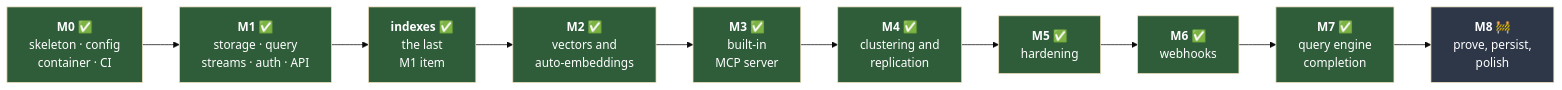
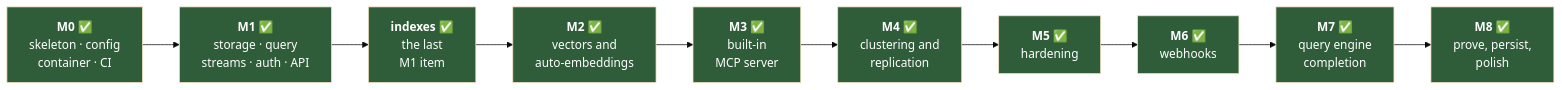
Before and after one commit to titusai-io/kimmydb: the first of 4 diagrams in docs/roadmap.md, drawn with Mermaid (base theme). The commit also changed other lines of this file and 13 other files, not shown here.

````diff
--- a/docs/roadmap.md
+++ b/docs/roadmap.md
@@ -12,26 +12,26 @@
 ```mermaid
 graph LR
     M0["<b>M0</b> ✅<br/>skeleton · config<br/>container · CI"]
     M1["<b>M1</b> ✅<br/>storage · query<br/>streams · auth · API"]
     IDX["<b>indexes</b> ✅<br/>the last<br/>M1 item"]
     M2["<b>M2</b> ✅<br/>vectors and<br/>auto-embeddings"]
     M3["<b>M3</b> ✅<br/>built-in<br/>MCP server"]
     M4["<b>M4</b> ✅<br/>clustering and<br/>replication"]
     M5["<b>M5</b> ✅<br/>hardening"]
     M6["<b>M6</b> ✅<br/>webhooks"]
     M7["<b>M7</b> ✅<br/>query engine<br/>completion"]
-    M8["<b>M8</b> 🚧<br/>prove, persist,<br/>polish"]
+    M8["<b>M8</b> ✅<br/>prove, persist,<br/>polish"]
 
     M0 --> M1 --> IDX --> M2 --> M3 --> M4 --> M5 --> M6 --> M7 --> M8
 
     style M0 fill:#2f5d3a,color:#fff
     style M1 fill:#2f5d3a,color:#fff
     style IDX fill:#2f5d3a,color:#fff
     style M2 fill:#2f5d3a,color:#fff
     style M3 fill:#2f5d3a,color:#fff
     style M4 fill:#2f5d3a,color:#fff
     style M5 fill:#2f5d3a,color:#fff
     style M6 fill:#2f5d3a,color:#fff
     style M7 fill:#2f5d3a,color:#fff
-    style M8 fill:#2d3748,color:#fff
+    style M8 fill:#2f5d3a,color:#fff
 ```
````
